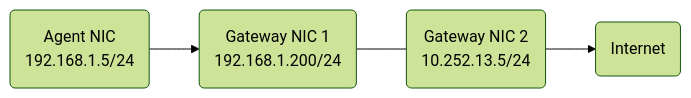
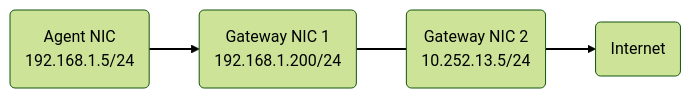
Before and after one commit to senecaxconnect/xconnect_docs: the diagram in docs/Gateway_TurnKey.md, drawn with Mermaid (forest theme). The commit also changed 10 other files, not shown here.

````diff
--- a/docs/Gateway_TurnKey.md
+++ b/docs/Gateway_TurnKey.md
@@ -64,9 +64,10 @@
     ```mermaid
       graph LR
             c1-->b1
             a1(Internet)
             b1(Gateway NIC 1<br>192.168.1.200/24)
             b1---b2
             b2(Gateway NIC 2<br>10.252.13.5/24)-->a1
-            c1(Agent NIC<br>192.168.1.5/24)
+            c1(Agent NIC<br>192.168.1.5/24);
+            linkStyle default stroke-width:2px,fill:none,stroke:black;
     ```
````
